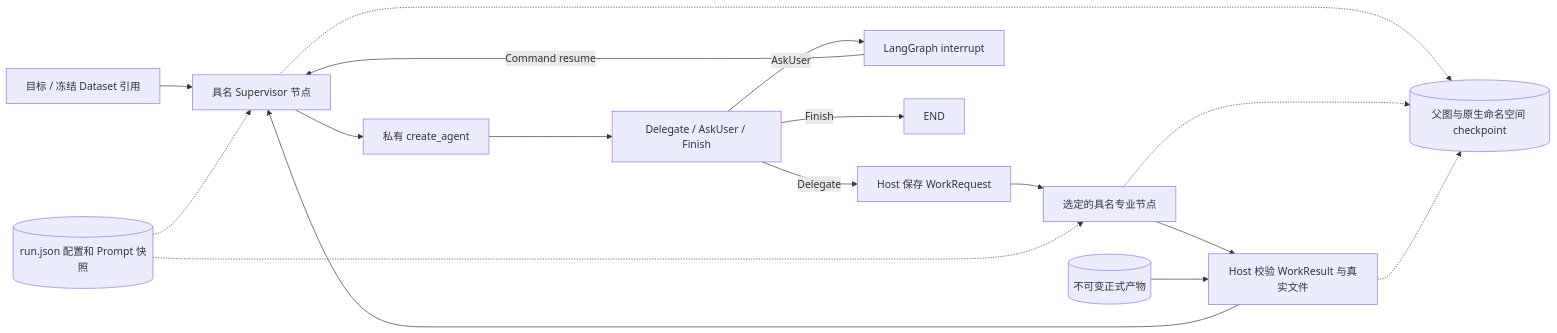
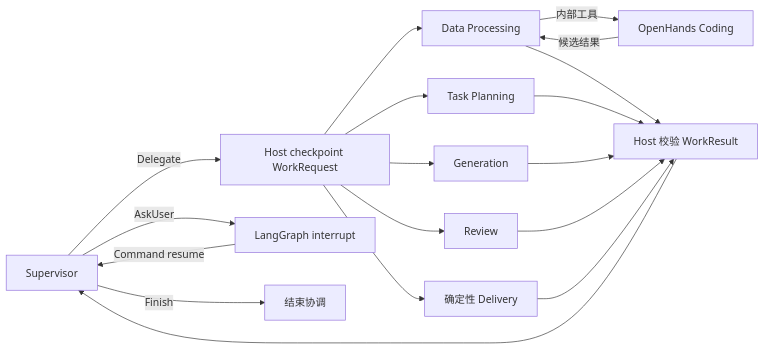
One commit to fly233338/MedBenchAgent changed the second of 3 diagrams in docs/ARCHITECTURE.md. Above: the diagram before and after it, drawn with Mermaid. The commit also changed other lines of this file and 52 other files, not shown here.

````diff
--- a/docs/ARCHITECTURE.md
+++ b/docs/ARCHITECTURE.md
@@ -52,19 +51,16 @@
 ```mermaid
 flowchart LR
-    Input[目标 / 冻结 Dataset 引用] --> Supervisor[具名 Supervisor 节点]
-    Supervisor --> SLoop[私有 create_agent]
-    SLoop --> Decision[Delegate / AskUser / Finish]
-    Decision -->|Delegate| Request[Host 保存 WorkRequest]
-    Request --> Agent[选定的具名专业节点]
-    Agent --> Result[Host 校验 WorkResult 与真实文件]
-    Result --> Supervisor
-    Decision -->|AskUser| Pause[LangGraph interrupt]
-    Pause -->|Command resume| Supervisor
-    Decision -->|Finish| End[END]
-    Supervisor -.-> CP[(父图与原生命名空间 checkpoint)]
-    Agent -.-> CP
-    Result -.-> CP
-    Frozen[(run.json 配置和 Prompt 快照)] -.-> Supervisor
-    Frozen -.-> Agent
-    Files[(不可变正式产物)] --> Result
+    S[Supervisor] -->|Delegate| Request[Host checkpoint WorkRequest]
+    Request --> DP[Data Processing]
+    Request --> P[Task Planning]
+    Request --> G[Generation]
+    Request --> R[Review]
+    Request --> D[确定性 Delivery]
+    DP -->|内部工具| Coding[OpenHands Coding]
+    Coding -->|候选结果| DP
+    DP & P & G & R & D --> Collect[Host 校验 WorkResult]
+    Collect --> S
+    S -->|AskUser| Pause[LangGraph interrupt]
+    Pause -->|Command resume| S
+    S -->|Finish| End[结束协调]
 ```
````
